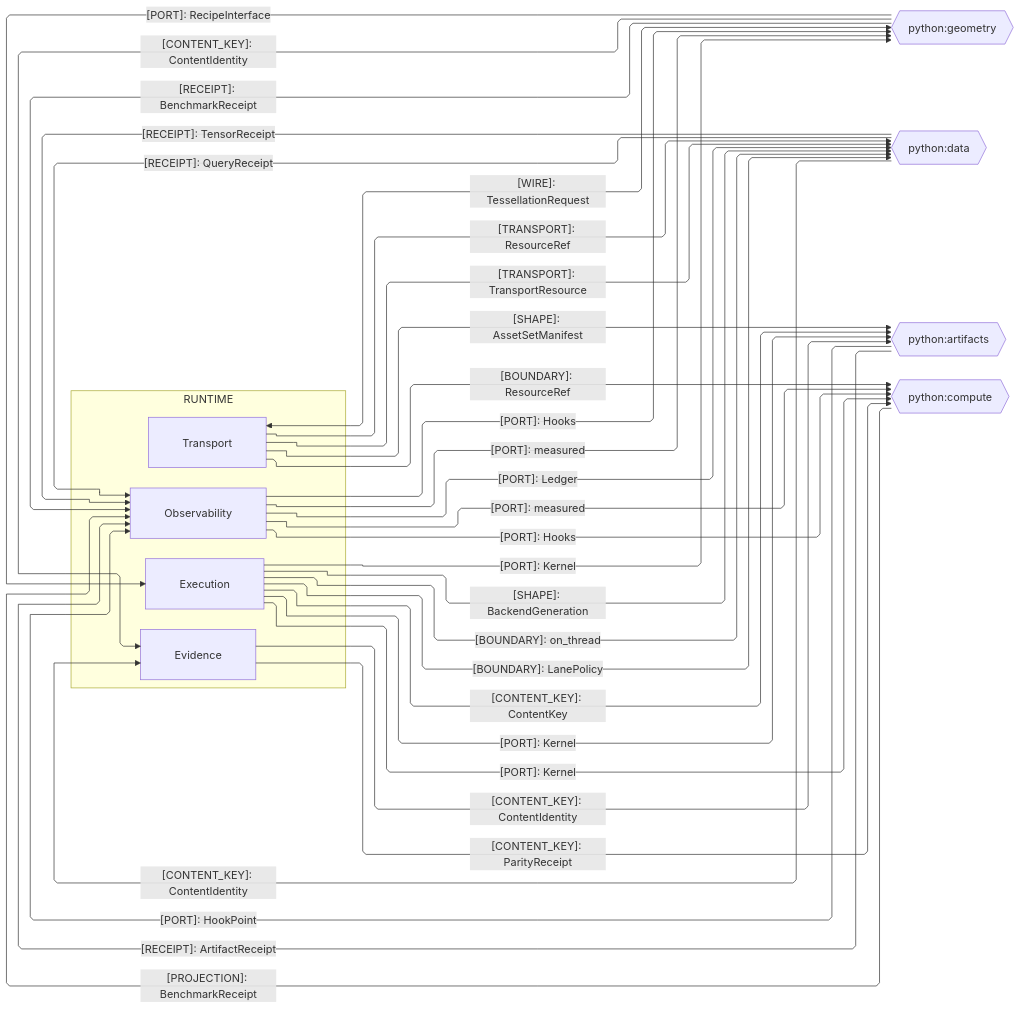
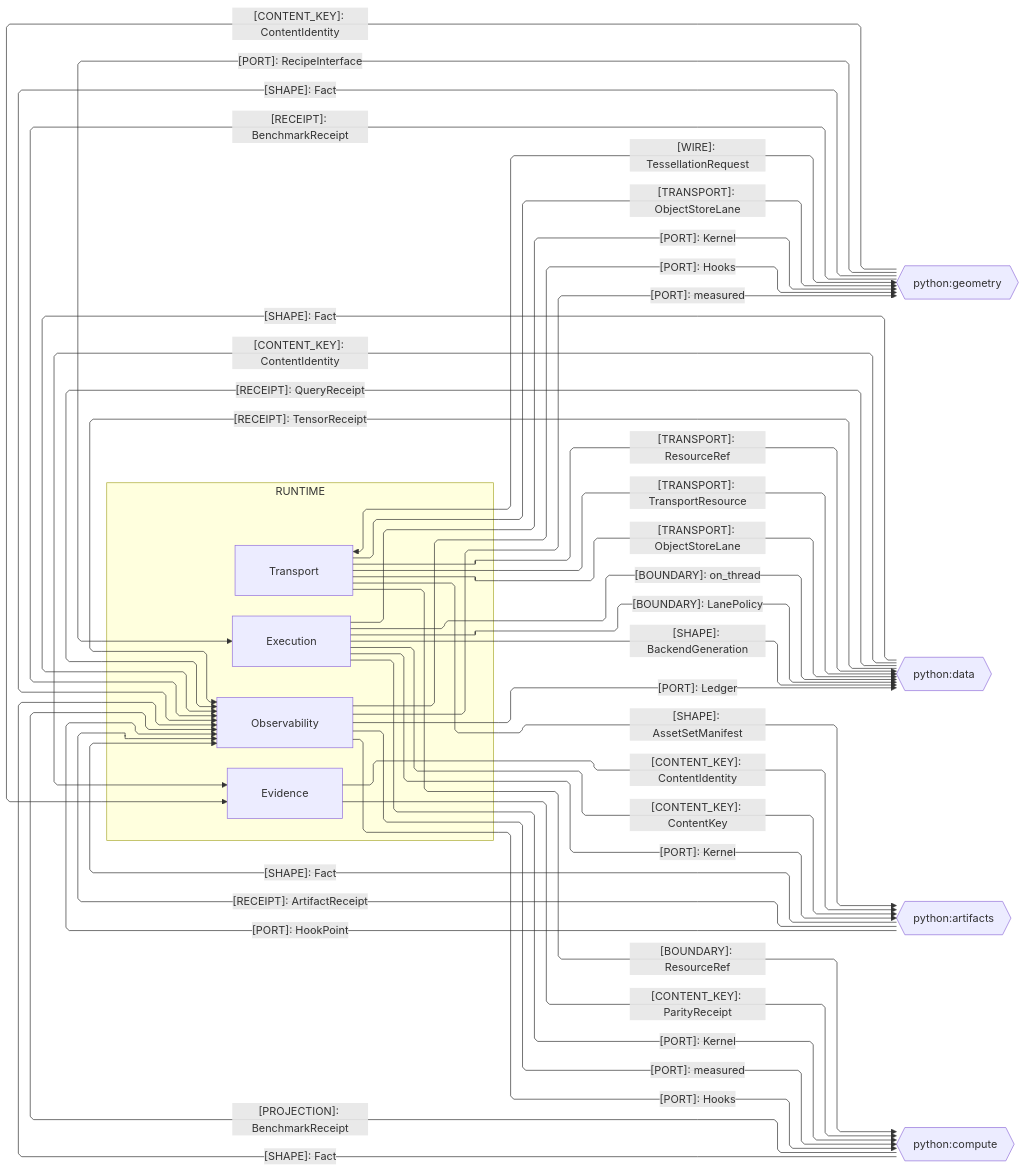
The third of 4 diagrams in libs/python/runtime/ARCHITECTURE.md (bsamiee/Rasm), drawn with Mermaid before and after one commit. The commit also changed other lines of this file and 115 other files, not shown here.

````diff
--- a/libs/python/runtime/ARCHITECTURE.md
+++ b/libs/python/runtime/ARCHITECTURE.md
@@ -172,50 +183,56 @@
 ```mermaid
 ---
 config:
   layout: elk
   flowchart:
     curve: linear
     padding: 25
 ---
 flowchart LR
     accTitle: Runtime cross-package Python seams
     accDescr: Runtime sub-domain owners exchanging content identity, transport, kernel and hook ports, and receipts with the Python siblings.
     subgraph runtime[RUNTIME]
         Transport[Transport]
         Evidence[Evidence]
         Observability[Observability]
         Execution[Execution]
     end
     Geometry{{python:geometry}}
     Data{{python:data}}
     Artifacts{{python:artifacts}}
     Compute{{python:compute}}
-    Transport e5@<-->|"[WIRE]: TessellationRequest"| Geometry
-    Geometry e1@-->|"[CONTENT_KEY]: ContentIdentity"| Evidence
-    Geometry e9@-->|"[PORT]: RecipeInterface"| Execution
-    Data e2@-->|"[CONTENT_KEY]: ContentIdentity"| Evidence
-    Transport e6@-->|"[TRANSPORT]: ResourceRef"| Data
-    Transport e16@-->|"[TRANSPORT]: TransportResource"| Data
-    Observability e27@-->|"[PORT]: Ledger"| Data
-    Data e11@-->|"[RECEIPT]: QueryReceipt"| Observability
-    Data e17@-->|"[RECEIPT]: TensorReceipt"| Observability
-    Execution e14@-->|"[BOUNDARY]: on_thread"| Data
-    Execution e18@-->|"[BOUNDARY]: LanePolicy"| Data
-    Execution e19@-->|"[SHAPE]: BackendGeneration"| Data
-    Evidence e3@-->|"[CONTENT_KEY]: ContentIdentity"| Artifacts
-    Artifacts e10@-->|"[RECEIPT]: ArtifactReceipt"| Observability
-    Execution e8@-->|"[CONTENT_KEY]: ContentKey"| Artifacts
-    Execution e15@-->|"[PORT]: Kernel"| Artifacts
-    Transport e28@-->|"[SHAPE]: AssetSetManifest"| Artifacts
-    Artifacts e20@-->|"[PORT]: HookPoint"| Observability
-    Evidence e4@-->|"[CONTENT_KEY]: ParityReceipt"| Compute
-    Transport e7@-->|"[BOUNDARY]: ResourceRef"| Compute
-    Observability e13@-->|"[PORT]: measured"| Compute
-    Execution e12@-->|"[PORT]: Kernel"| Compute
-    Observability e21@-->|"[PORT]: Hooks"| Compute
-    Compute e22@-->|"[PROJECTION]: BenchmarkReceipt"| Observability
-    Execution e23@-->|"[PORT]: Kernel"| Geometry
-    Geometry e24@-->|"[RECEIPT]: BenchmarkReceipt"| Observability
-    Observability e25@-->|"[PORT]: measured"| Geometry
-    Observability e26@-->|"[PORT]: Hooks"| Geometry
+    Transport e1@<-->|"[WIRE]: TessellationRequest"| Geometry
+    Geometry e2@-->|"[CONTENT_KEY]: ContentIdentity"| Evidence
+    Geometry e3@-->|"[PORT]: RecipeInterface"| Execution
+    Data e4@-->|"[CONTENT_KEY]: ContentIdentity"| Evidence
+    Transport e5@-->|"[TRANSPORT]: ResourceRef"| Data
+    Transport e6@-->|"[TRANSPORT]: TransportResource"| Data
+    Observability e7@-->|"[PORT]: Ledger"| Data
+    Data e8@-->|"[RECEIPT]: QueryReceipt"| Observability
+    Data e9@-->|"[RECEIPT]: TensorReceipt"| Observability
+    Execution e10@-->|"[BOUNDARY]: on_thread"| Data
+    Execution e11@-->|"[BOUNDARY]: LanePolicy"| Data
+    Execution e12@-->|"[SHAPE]: BackendGeneration"| Data
+    Evidence e13@-->|"[CONTENT_KEY]: ContentIdentity"| Artifacts
+    Artifacts e14@-->|"[RECEIPT]: ArtifactReceipt"| Observability
+    Execution e15@-->|"[CONTENT_KEY]: ContentKey"| Artifacts
+    Execution e16@-->|"[PORT]: Kernel"| Artifacts
+    Transport e17@-->|"[SHAPE]: AssetSetManifest"| Artifacts
+    Artifacts e18@-->|"[PORT]: HookPoint"| Observability
+    Evidence e19@-->|"[CONTENT_KEY]: ParityReceipt"| Compute
+    Transport e20@-->|"[BOUNDARY]: ResourceRef"| Compute
+    Observability e21@-->|"[PORT]: measured"| Compute
+    Execution e22@-->|"[PORT]: Kernel"| Compute
+    Transport e23@-->|"[TRANSPORT]: ObjectStoreLane"| Data
+    Transport e24@-->|"[TRANSPORT]: ObjectStoreLane"| Geometry
+    Artifacts e25@-->|"[SHAPE]: Fact"| Observability
+    Compute e26@-->|"[SHAPE]: Fact"| Observability
+    Data e27@-->|"[SHAPE]: Fact"| Observability
+    Geometry e28@-->|"[SHAPE]: Fact"| Observability
+    Observability e23@-->|"[PORT]: Hooks"| Compute
+    Compute e24@-->|"[PROJECTION]: BenchmarkReceipt"| Observability
+    Execution e25@-->|"[PORT]: Kernel"| Geometry
+    Geometry e26@-->|"[RECEIPT]: BenchmarkReceipt"| Observability
+    Observability e27@-->|"[PORT]: measured"| Geometry
+    Observability e28@-->|"[PORT]: Hooks"| Geometry
 ```
````
